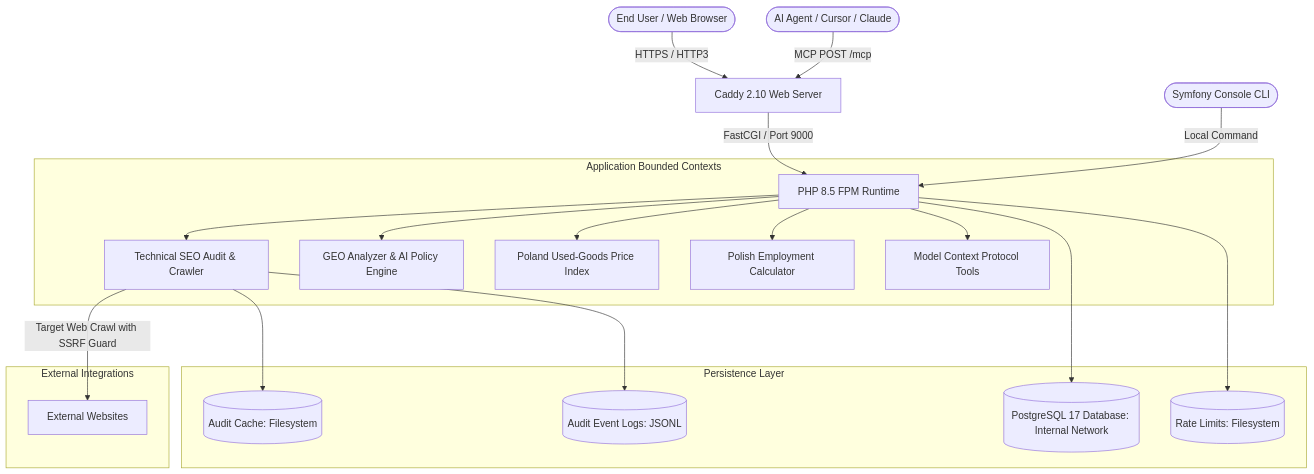
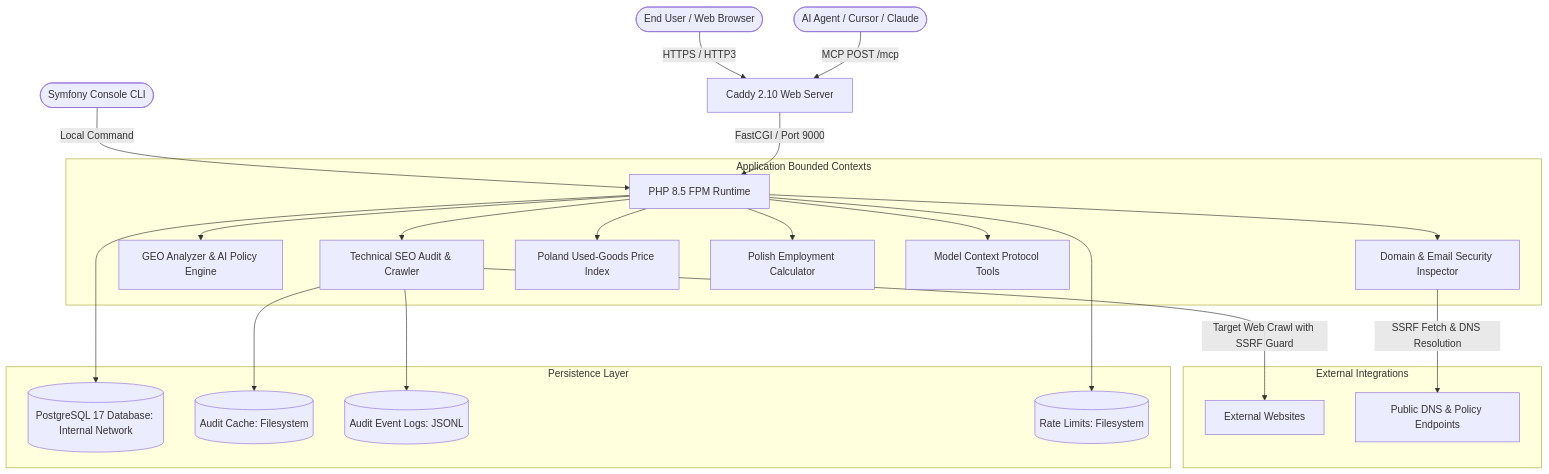
The first of 3 diagrams in ARCHITECTURE.md (bahdanhal/landing), drawn with Mermaid before and after one commit. The commit also changed other lines of this file and 63 other files, not shown here.

First line of the commit message:
Refactor architecture and eliminate PHPStan Level 8 baseline

````diff
--- a/ARCHITECTURE.md
+++ b/ARCHITECTURE.md
@@ -9,27 +9,29 @@
 ```mermaid
 graph TD
     User([End User / Web Browser]) -->|HTTPS / HTTP3| Caddy[Caddy 2.10 Web Server]
     Agent([AI Agent / Cursor / Claude]) -->|MCP POST /mcp| Caddy
     CLI([Symfony Console CLI]) -->|Local Command| PHP[PHP 8.5 FPM Runtime]
 
     Caddy -->|FastCGI / Port 9000| PHP
     
     subgraph "Application Bounded Contexts"
         PHP --> AuditContext[Technical SEO Audit & Crawler]
         PHP --> GeoContext[GEO Analyzer & AI Policy Engine]
+        PHP --> DomainInspectorContext[Domain & Email Security Inspector]
         PHP --> MarketContext[Poland Used-Goods Price Index]
         PHP --> IncomeContext[Polish Employment Calculator]
         PHP --> McpContext[Model Context Protocol Tools]
     end
 
     subgraph "External Integrations"
         AuditContext -->|Target Web Crawl with SSRF Guard| InternetTarget[External Websites]
+        DomainInspectorContext -->|SSRF Fetch & DNS Resolution| DnsTarget[Public DNS & Policy Endpoints]
     end
 
     subgraph "Persistence Layer"
         PHP --> PostgreSQL[(PostgreSQL 17 Database: Internal Network)]
         AuditContext --> AuditCache[(Audit Cache: Filesystem)]
         AuditContext --> AuditLogs[(Audit Event Logs: JSONL)]
         PHP --> RateLimits[(Rate Limits: Filesystem)]
     end
 ```
````
